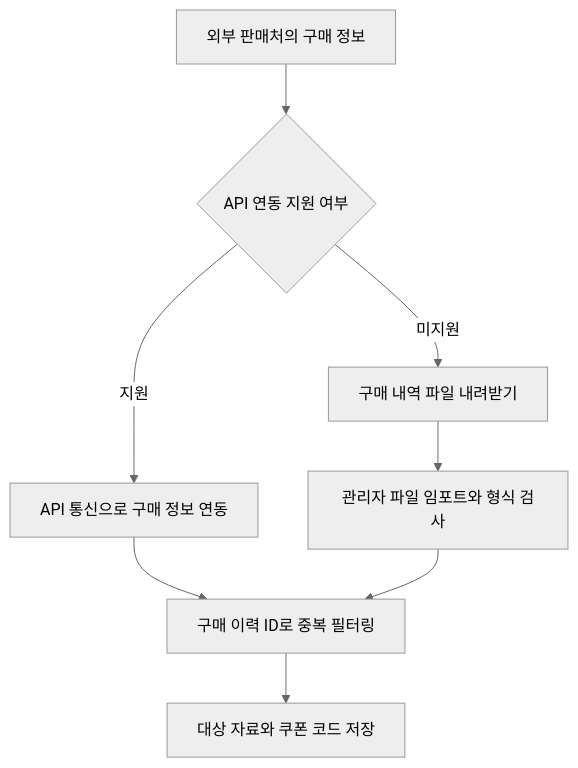
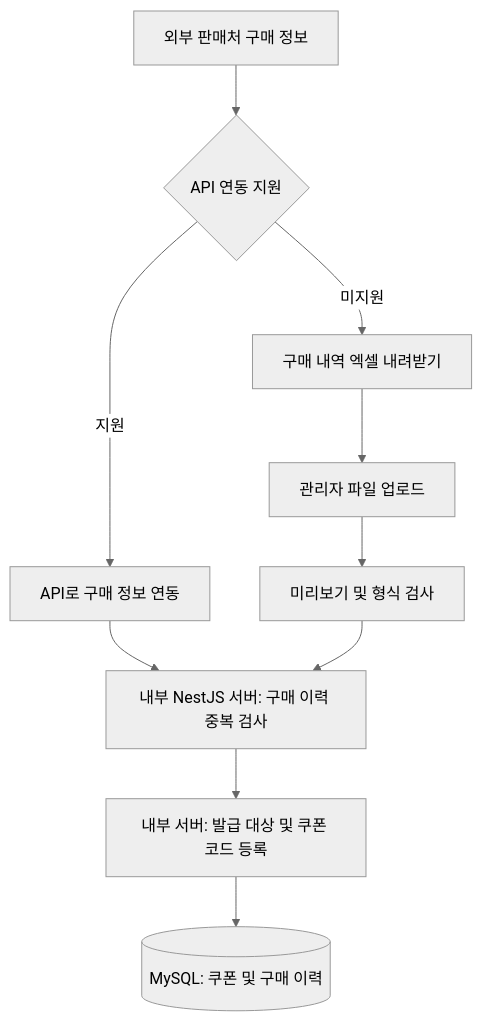
The second of 4 diagrams in projects/education-services/promotion.md (KimHG1995/work-history), drawn with Mermaid (neutral theme) before and after one commit. The commit also changed other lines of this file, not shown here.

Commit message:
docs: reflect internal coupon processing and Supabase responsibilities

````diff
--- a/projects/education-services/promotion.md
+++ b/projects/education-services/promotion.md
@@ -103,10 +103,12 @@
 ```mermaid
 flowchart TB
-    partner["외부 판매처의 구매 정보"] --> method{"API 연동 지원 여부"}
-    method -->|지원| api["API 통신으로 구매 정보 연동"]
-    method -->|미지원| export["구매 내역 파일 내려받기"]
-    export --> upload["관리자 파일 임포트와 형식 검사"]
-    api --> validate["구매 이력 ID로 중복 필터링"]
-    upload --> validate
-    validate --> store["대상 자료와 쿠폰 코드 저장"]
+    partner["외부 판매처 구매 정보"] --> method{"API 연동 지원"}
+    method -->|지원| api["API로 구매 정보 연동"]
+    method -->|미지원| export["구매 내역 엑셀 내려받기"]
+    export --> upload["관리자 파일 업로드"]
+    upload --> preview["미리보기 및 형식 검사"]
+    api --> validate["내부 NestJS 서버: 구매 이력 중복 검사"]
+    preview --> validate
+    validate --> register["내부 서버: 발급 대상 및 쿠폰 코드 등록"]
+    register --> db[("MySQL: 쿠폰 및 구매 이력")]
 ```
````
